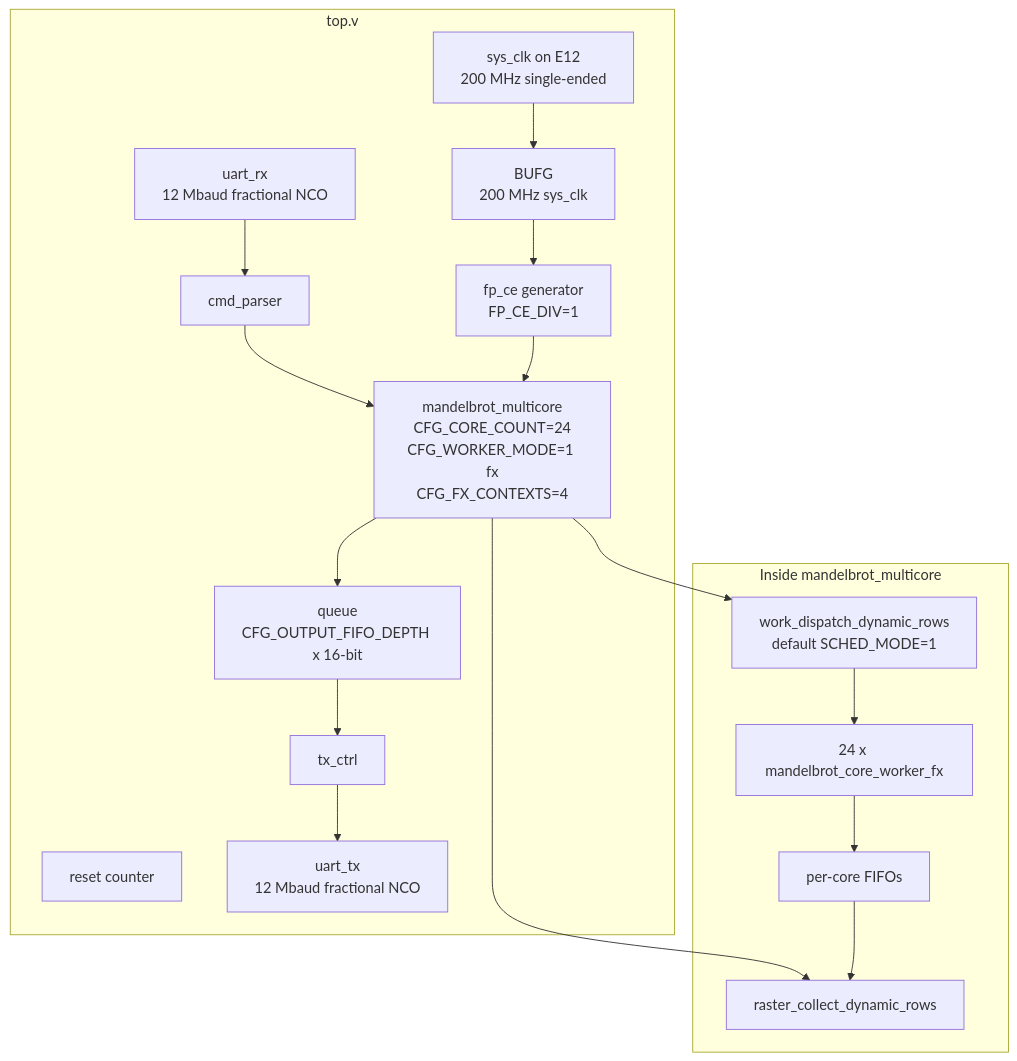
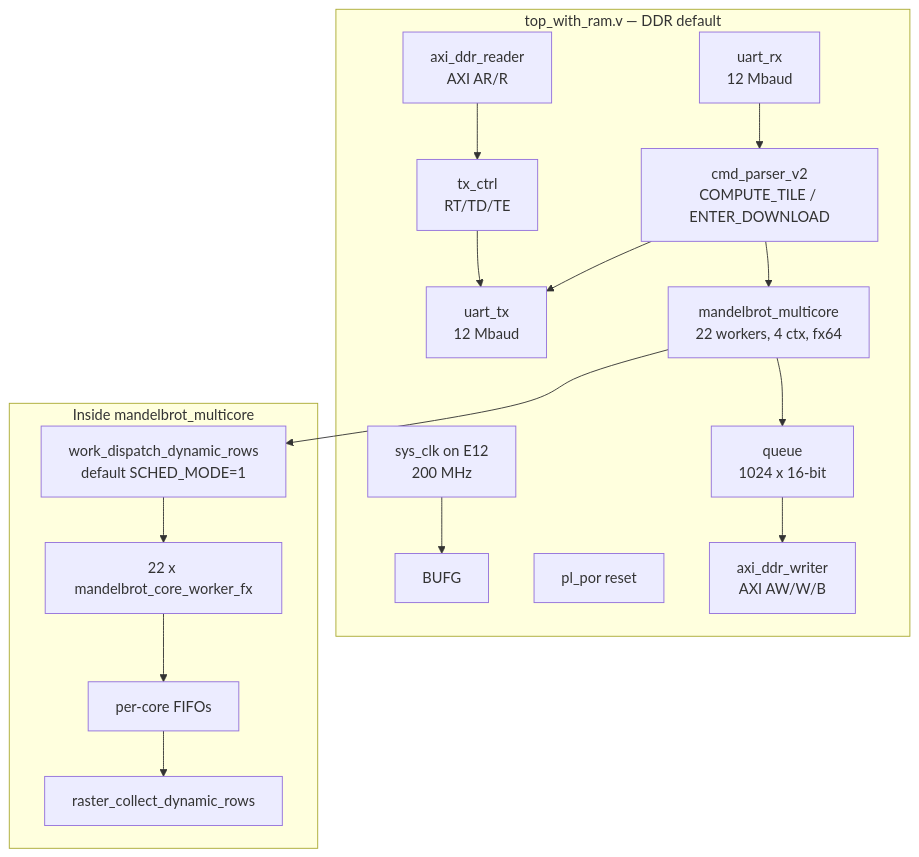
The second of 4 diagrams in README.md (RESBI/FPGA-Mandelbrot-Demo), drawn with Mermaid before and after one commit. The commit also changed other lines of this file and 64 other files, not shown here.

First line of the commit message:
Clean up unused files, fix mermaid diagrams to top-to-bottom layout

````diff
--- a/README.md
+++ b/README.md
@@ -171,30 +171,31 @@
 ```mermaid
 flowchart TB
-    subgraph TOP[top.v]
-        CLK[sys_clk on E12<br/>200 MHz single-ended] --> BUFG[BUFG<br/>200 MHz sys_clk]
-        BUFG --> CE[fp_ce generator<br/>FP_CE_DIV=1]
-        RST[reset counter]
+    subgraph RAM[top_with_ram.v — DDR default]
+        CLK[sys_clk on E12<br/>200 MHz] --> BUFG[BUFG]
+        RST[pl_por reset]
 
-        URX[uart_rx<br/>12 Mbaud fractional NCO]
-        UTX[uart_tx<br/>12 Mbaud fractional NCO]
-        CMD[cmd_parser]
-        CORE["mandelbrot_multicore<br/>CFG_CORE_COUNT=24<br/>CFG_WORKER_MODE=1 fx<br/>CFG_FX_CONTEXTS=4"]
-        FIFO[queue<br/>CFG_OUTPUT_FIFO_DEPTH x 16-bit]
-        TXC[tx_ctrl]
+        URX[uart_rx<br/>12 Mbaud]
+        UTX[uart_tx<br/>12 Mbaud]
+        CMD[cmd_parser_v2<br/>COMPUTE_TILE / ENTER_DOWNLOAD]
+        CORE["mandelbrot_multicore<br/>22 workers, 4 ctx, fx64"]
+        FIFO[queue<br/>1024 x 16-bit]
+        AXIW[axi_ddr_writer<br/>AXI AW/W/B]
+        AXIR[axi_ddr_reader<br/>AXI AR/R]
+        TXC[tx_ctrl<br/>RT/TD/TE]
 
         URX --> CMD
         CMD --> CORE
-        CE --> CORE
         CORE --> FIFO
-        FIFO --> TXC
+        FIFO --> AXIW
+        AXIR --> TXC
         TXC --> UTX
+        CMD --> UTX
     end
 
     subgraph MC[Inside mandelbrot_multicore]
         CORE --> DISP[work_dispatch_dynamic_rows<br/>default SCHED_MODE=1]
-        CORE --> MERGE[raster_collect_dynamic_rows]
-        DISP --> WORKERS[24 x mandelbrot_core_worker_fx]
+        DISP --> WORKERS["22 x mandelbrot_core_worker_fx"]
         WORKERS --> CFIFO[per-core FIFOs]
-        CFIFO --> MERGE
+        CFIFO --> MERGE[raster_collect_dynamic_rows]
     end
 ```
````
